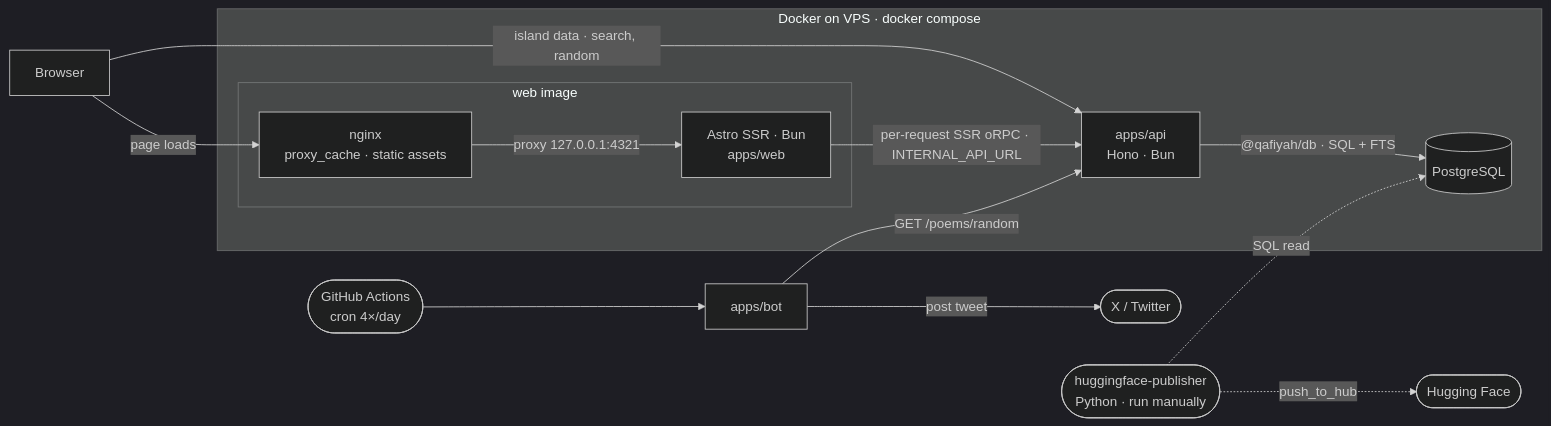
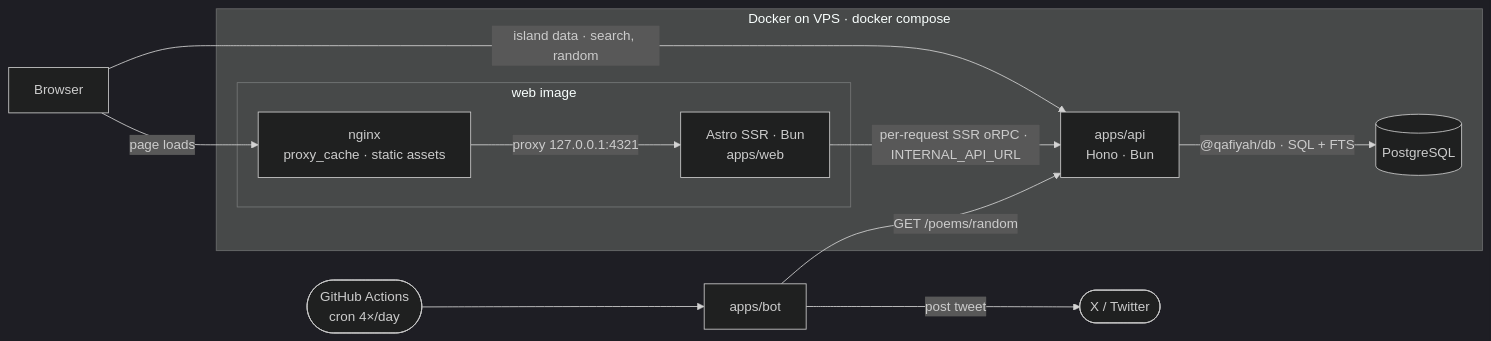
One commit to Klomgor/qafiyah changed the second of 2 diagrams in README.md. Above: the diagram before and after it, drawn with Mermaid (dark theme). The commit also changed other lines of this file and 4 other files, not shown here.

Commit message:
chore: remove Hugging Face publisher tool and related documentation

````diff
--- a/README.md
+++ b/README.md
@@ -189,29 +188,25 @@
 ```mermaid
 graph LR
   BROWSER["Browser"]
   BOT["apps/bot"]
   GHA(["GitHub Actions\ncron 4×/day"])
-  HFPUB(["huggingface-publisher\nPython · run manually"])
   TW(["X / Twitter"])
-  HF(["Hugging Face"])
 
   subgraph VPS["Docker on VPS · docker compose"]
     subgraph WEBIMG["web image"]
       NGINX["nginx\nproxy_cache · static assets"]
       WEB["Astro SSR · Bun\napps/web"]
     end
     API["apps/api\nHono · Bun"]
     PG[("PostgreSQL")]
   end
 
   BROWSER -->|"page loads"| NGINX
   NGINX -->|"proxy 127.0.0.1:4321"| WEB
   BROWSER -->|"island data · search, random"| API
   WEB -->|"per-request SSR oRPC · INTERNAL_API_URL"| API
   API -->|"@qafiyah/db · SQL + FTS"| PG
   GHA --> BOT
   BOT -->|"GET /poems/random"| API
   BOT -->|"post tweet"| TW
-  HFPUB -.->|"SQL read"| PG
-  HFPUB -.->|"push_to_hub"| HF
 ```
````
